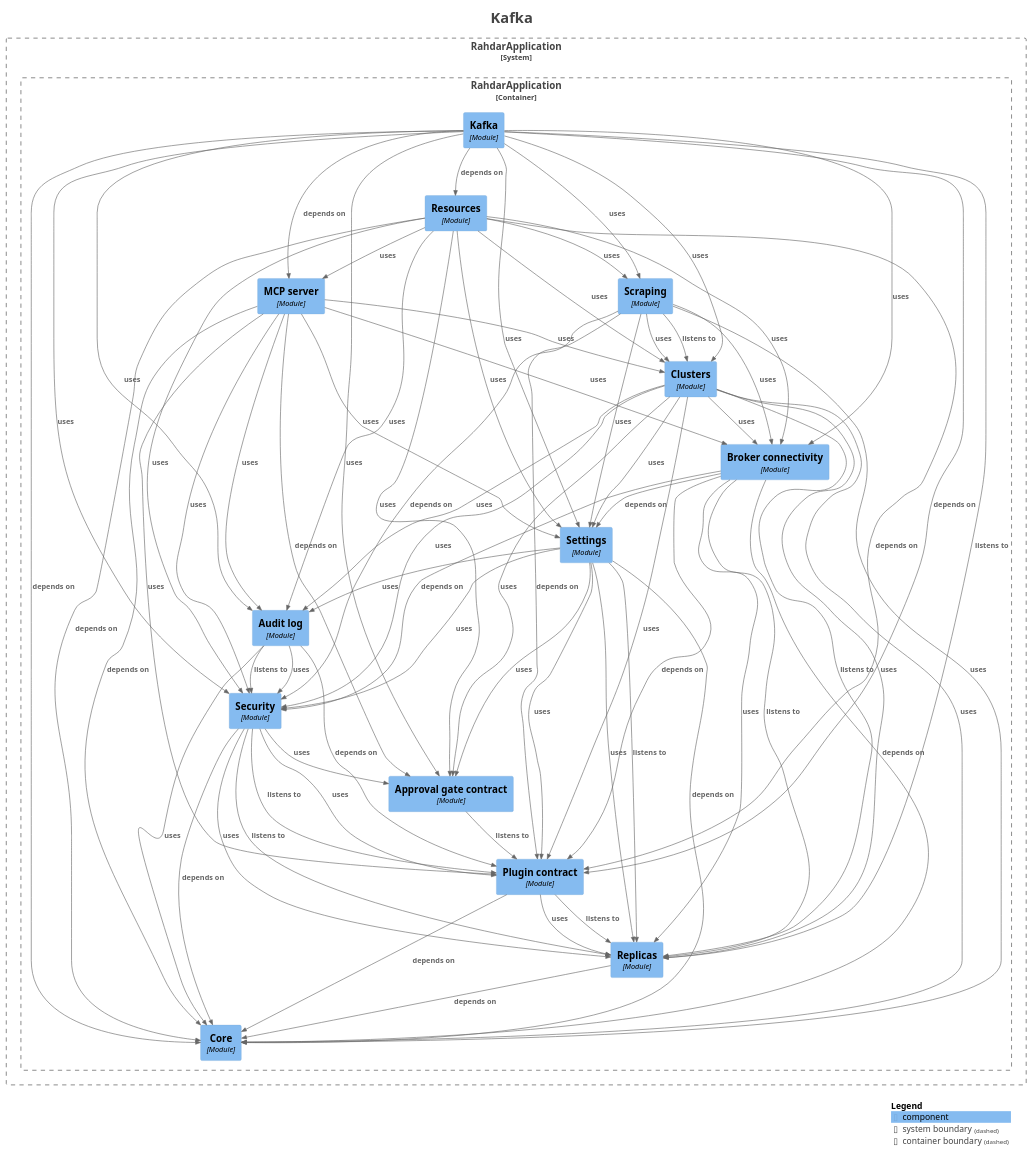
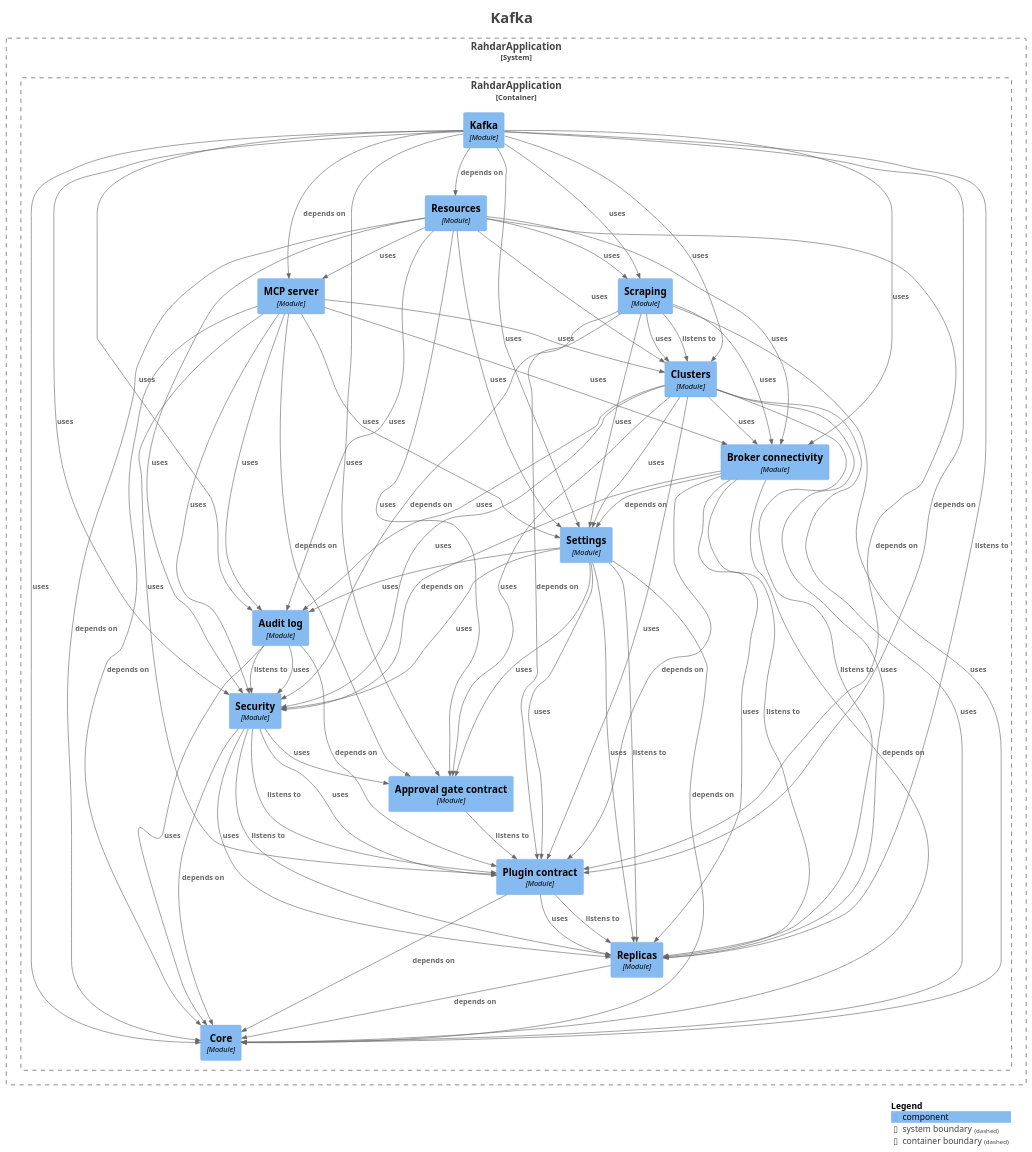
The diagram in docs/modules/module-system.kafka.puml (sudoitir/rahdar), drawn with PlantUML before and after one commit. The commit also changed 30 other files, not shown here.

```diff
--- a/docs/modules/module-system.kafka.puml
+++ b/docs/modules/module-system.kafka.puml
@@ -1,114 +1,114 @@
 @startuml
 title <size:24>Kafka</size>
 
 set separator none
 top to bottom direction
 
 <style>
   root {
     BackgroundColor: #ffffff
     FontColor: #444444
   }
 </style>
 
 !include <C4/C4>
 !include <C4/C4_Context>
 !include <C4/C4_Component>
 
 System_Boundary("RahdarApplication_boundary", "RahdarApplication", $tags="") {
   Container_Boundary("RahdarApplication.RahdarApplication_boundary", "RahdarApplication", $tags="") {
     Component(RahdarApplication.RahdarApplication.Approvalgatecontract, "Approval gate contract", $techn="Module", $descr="", $tags="", $link="")
     Component(RahdarApplication.RahdarApplication.Auditlog, "Audit log", $techn="Module", $descr="", $tags="", $link="")
     Component(RahdarApplication.RahdarApplication.Brokerconnectivity, "Broker connectivity", $techn="Module", $descr="", $tags="", $link="")
     Component(RahdarApplication.RahdarApplication.Clusters, "Clusters", $techn="Module", $descr="", $tags="", $link="")
     Component(RahdarApplication.RahdarApplication.Core, "Core", $techn="Module", $descr="", $tags="", $link="")
     Component(RahdarApplication.RahdarApplication.Kafka, "Kafka", $techn="Module", $descr="", $tags="", $link="")
     Component(RahdarApplication.RahdarApplication.MCPserver, "MCP server", $techn="Module", $descr="", $tags="", $link="")
     Component(RahdarApplication.RahdarApplication.Plugincontract, "Plugin contract", $techn="Module", $descr="", $tags="", $link="")
     Component(RahdarApplication.RahdarApplication.Replicas, "Replicas", $techn="Module", $descr="", $tags="", $link="")
     Component(RahdarApplication.RahdarApplication.Resources, "Resources", $techn="Module", $descr="", $tags="", $link="")
     Component(RahdarApplication.RahdarApplication.Scraping, "Scraping", $techn="Module", $descr="", $tags="", $link="")
     Component(RahdarApplication.RahdarApplication.Security, "Security", $techn="Module", $descr="", $tags="", $link="")
     Component(RahdarApplication.RahdarApplication.Settings, "Settings", $techn="Module", $descr="", $tags="", $link="")
   }
 
 }
 
 Rel(RahdarApplication.RahdarApplication.Approvalgatecontract, RahdarApplication.RahdarApplication.Plugincontract, "listens to", $techn="", $tags="", $link="")
 Rel(RahdarApplication.RahdarApplication.Auditlog, RahdarApplication.RahdarApplication.Core, "uses", $techn="", $tags="", $link="")
 Rel(RahdarApplication.RahdarApplication.Auditlog, RahdarApplication.RahdarApplication.Plugincontract, "depends on", $techn="", $tags="", $link="")
 Rel(RahdarApplication.RahdarApplication.Auditlog, RahdarApplication.RahdarApplication.Security, "listens to", $techn="", $tags="", $link="")
 Rel(RahdarApplication.RahdarApplication.Auditlog, RahdarApplication.RahdarApplication.Security, "uses", $techn="", $tags="", $link="")
 Rel(RahdarApplication.RahdarApplication.Brokerconnectivity, RahdarApplication.RahdarApplication.Core, "depends on", $techn="", $tags="", $link="")
 Rel(RahdarApplication.RahdarApplication.Brokerconnectivity, RahdarApplication.RahdarApplication.Plugincontract, "depends on", $techn="", $tags="", $link="")
 Rel(RahdarApplication.RahdarApplication.Brokerconnectivity, RahdarApplication.RahdarApplication.Replicas, "listens to", $techn="", $tags="", $link="")
 Rel(RahdarApplication.RahdarApplication.Brokerconnectivity, RahdarApplication.RahdarApplication.Replicas, "uses", $techn="", $tags="", $link="")
 Rel(RahdarApplication.RahdarApplication.Brokerconnectivity, RahdarApplication.RahdarApplication.Security, "depends on", $techn="", $tags="", $link="")
 Rel(RahdarApplication.RahdarApplication.Brokerconnectivity, RahdarApplication.RahdarApplication.Settings, "depends on", $techn="", $tags="", $link="")
 Rel(RahdarApplication.RahdarApplication.Clusters, RahdarApplication.RahdarApplication.Approvalgatecontract, "uses", $techn="", $tags="", $link="")
 Rel(RahdarApplication.RahdarApplication.Clusters, RahdarApplication.RahdarApplication.Auditlog, "uses", $techn="", $tags="", $link="")
 Rel(RahdarApplication.RahdarApplication.Clusters, RahdarApplication.RahdarApplication.Brokerconnectivity, "uses", $techn="", $tags="", $link="")
 Rel(RahdarApplication.RahdarApplication.Clusters, RahdarApplication.RahdarApplication.Core, "uses", $techn="", $tags="", $link="")
 Rel(RahdarApplication.RahdarApplication.Clusters, RahdarApplication.RahdarApplication.Plugincontract, "uses", $techn="", $tags="", $link="")
 Rel(RahdarApplication.RahdarApplication.Clusters, RahdarApplication.RahdarApplication.Replicas, "listens to", $techn="", $tags="", $link="")
 Rel(RahdarApplication.RahdarApplication.Clusters, RahdarApplication.RahdarApplication.Replicas, "uses", $techn="", $tags="", $link="")
 Rel(RahdarApplication.RahdarApplication.Clusters, RahdarApplication.RahdarApplication.Security, "uses", $techn="", $tags="", $link="")
 Rel(RahdarApplication.RahdarApplication.Clusters, RahdarApplication.RahdarApplication.Settings, "uses", $techn="", $tags="", $link="")
 Rel(RahdarApplication.RahdarApplication.Kafka, RahdarApplication.RahdarApplication.Approvalgatecontract, "uses", $techn="", $tags="", $link="")
 Rel(RahdarApplication.RahdarApplication.Kafka, RahdarApplication.RahdarApplication.Auditlog, "uses", $techn="", $tags="", $link="")
 Rel(RahdarApplication.RahdarApplication.Kafka, RahdarApplication.RahdarApplication.Brokerconnectivity, "uses", $techn="", $tags="", $link="")
 Rel(RahdarApplication.RahdarApplication.Kafka, RahdarApplication.RahdarApplication.Clusters, "uses", $techn="", $tags="", $link="")
-Rel(RahdarApplication.RahdarApplication.Kafka, RahdarApplication.RahdarApplication.Core, "depends on", $techn="", $tags="", $link="")
+Rel(RahdarApplication.RahdarApplication.Kafka, RahdarApplication.RahdarApplication.Core, "uses", $techn="", $tags="", $link="")
 Rel(RahdarApplication.RahdarApplication.Kafka, RahdarApplication.RahdarApplication.MCPserver, "depends on", $techn="", $tags="", $link="")
 Rel(RahdarApplication.RahdarApplication.Kafka, RahdarApplication.RahdarApplication.Plugincontract, "depends on", $techn="", $tags="", $link="")
 Rel(RahdarApplication.RahdarApplication.Kafka, RahdarApplication.RahdarApplication.Replicas, "listens to", $techn="", $tags="", $link="")
 Rel(RahdarApplication.RahdarApplication.Kafka, RahdarApplication.RahdarApplication.Resources, "depends on", $techn="", $tags="", $link="")
 Rel(RahdarApplication.RahdarApplication.Kafka, RahdarApplication.RahdarApplication.Scraping, "uses", $techn="", $tags="", $link="")
 Rel(RahdarApplication.RahdarApplication.Kafka, RahdarApplication.RahdarApplication.Security, "uses", $techn="", $tags="", $link="")
 Rel(RahdarApplication.RahdarApplication.Kafka, RahdarApplication.RahdarApplication.Settings, "uses", $techn="", $tags="", $link="")
 Rel(RahdarApplication.RahdarApplication.MCPserver, RahdarApplication.RahdarApplication.Approvalgatecontract, "depends on", $techn="", $tags="", $link="")
 Rel(RahdarApplication.RahdarApplication.MCPserver, RahdarApplication.RahdarApplication.Auditlog, "uses", $techn="", $tags="", $link="")
 Rel(RahdarApplication.RahdarApplication.MCPserver, RahdarApplication.RahdarApplication.Brokerconnectivity, "uses", $techn="", $tags="", $link="")
 Rel(RahdarApplication.RahdarApplication.MCPserver, RahdarApplication.RahdarApplication.Clusters, "uses", $techn="", $tags="", $link="")
 Rel(RahdarApplication.RahdarApplication.MCPserver, RahdarApplication.RahdarApplication.Core, "depends on", $techn="", $tags="", $link="")
 Rel(RahdarApplication.RahdarApplication.MCPserver, RahdarApplication.RahdarApplication.Plugincontract, "uses", $techn="", $tags="", $link="")
 Rel(RahdarApplication.RahdarApplication.MCPserver, RahdarApplication.RahdarApplication.Security, "uses", $techn="", $tags="", $link="")
 Rel(RahdarApplication.RahdarApplication.MCPserver, RahdarApplication.RahdarApplication.Settings, "uses", $techn="", $tags="", $link="")
 Rel(RahdarApplication.RahdarApplication.Plugincontract, RahdarApplication.RahdarApplication.Core, "depends on", $techn="", $tags="", $link="")
 Rel(RahdarApplication.RahdarApplication.Plugincontract, RahdarApplication.RahdarApplication.Replicas, "listens to", $techn="", $tags="", $link="")
 Rel(RahdarApplication.RahdarApplication.Plugincontract, RahdarApplication.RahdarApplication.Replicas, "uses", $techn="", $tags="", $link="")
 Rel(RahdarApplication.RahdarApplication.Replicas, RahdarApplication.RahdarApplication.Core, "depends on", $techn="", $tags="", $link="")
 Rel(RahdarApplication.RahdarApplication.Resources, RahdarApplication.RahdarApplication.Approvalgatecontract, "uses", $techn="", $tags="", $link="")
 Rel(RahdarApplication.RahdarApplication.Resources, RahdarApplication.RahdarApplication.Auditlog, "uses", $techn="", $tags="", $link="")
 Rel(RahdarApplication.RahdarApplication.Resources, RahdarApplication.RahdarApplication.Brokerconnectivity, "uses", $techn="", $tags="", $link="")
 Rel(RahdarApplication.RahdarApplication.Resources, RahdarApplication.RahdarApplication.Clusters, "uses", $techn="", $tags="", $link="")
 Rel(RahdarApplication.RahdarApplication.Resources, RahdarApplication.RahdarApplication.Core, "depends on", $techn="", $tags="", $link="")
 Rel(RahdarApplication.RahdarApplication.Resources, RahdarApplication.RahdarApplication.MCPserver, "uses", $techn="", $tags="", $link="")
 Rel(RahdarApplication.RahdarApplication.Resources, RahdarApplication.RahdarApplication.Plugincontract, "depends on", $techn="", $tags="", $link="")
 Rel(RahdarApplication.RahdarApplication.Resources, RahdarApplication.RahdarApplication.Scraping, "uses", $techn="", $tags="", $link="")
 Rel(RahdarApplication.RahdarApplication.Resources, RahdarApplication.RahdarApplication.Security, "uses", $techn="", $tags="", $link="")
 Rel(RahdarApplication.RahdarApplication.Resources, RahdarApplication.RahdarApplication.Settings, "uses", $techn="", $tags="", $link="")
 Rel(RahdarApplication.RahdarApplication.Scraping, RahdarApplication.RahdarApplication.Brokerconnectivity, "uses", $techn="", $tags="", $link="")
 Rel(RahdarApplication.RahdarApplication.Scraping, RahdarApplication.RahdarApplication.Clusters, "listens to", $techn="", $tags="", $link="")
 Rel(RahdarApplication.RahdarApplication.Scraping, RahdarApplication.RahdarApplication.Clusters, "uses", $techn="", $tags="", $link="")
 Rel(RahdarApplication.RahdarApplication.Scraping, RahdarApplication.RahdarApplication.Core, "uses", $techn="", $tags="", $link="")
 Rel(RahdarApplication.RahdarApplication.Scraping, RahdarApplication.RahdarApplication.Plugincontract, "depends on", $techn="", $tags="", $link="")
 Rel(RahdarApplication.RahdarApplication.Scraping, RahdarApplication.RahdarApplication.Security, "depends on", $techn="", $tags="", $link="")
 Rel(RahdarApplication.RahdarApplication.Scraping, RahdarApplication.RahdarApplication.Settings, "uses", $techn="", $tags="", $link="")
 Rel(RahdarApplication.RahdarApplication.Security, RahdarApplication.RahdarApplication.Approvalgatecontract, "uses", $techn="", $tags="", $link="")
 Rel(RahdarApplication.RahdarApplication.Security, RahdarApplication.RahdarApplication.Core, "depends on", $techn="", $tags="", $link="")
 Rel(RahdarApplication.RahdarApplication.Security, RahdarApplication.RahdarApplication.Plugincontract, "listens to", $techn="", $tags="", $link="")
 Rel(RahdarApplication.RahdarApplication.Security, RahdarApplication.RahdarApplication.Plugincontract, "uses", $techn="", $tags="", $link="")
 Rel(RahdarApplication.RahdarApplication.Security, RahdarApplication.RahdarApplication.Replicas, "listens to", $techn="", $tags="", $link="")
 Rel(RahdarApplication.RahdarApplication.Security, RahdarApplication.RahdarApplication.Replicas, "uses", $techn="", $tags="", $link="")
 Rel(RahdarApplication.RahdarApplication.Settings, RahdarApplication.RahdarApplication.Approvalgatecontract, "uses", $techn="", $tags="", $link="")
 Rel(RahdarApplication.RahdarApplication.Settings, RahdarApplication.RahdarApplication.Auditlog, "uses", $techn="", $tags="", $link="")
 Rel(RahdarApplication.RahdarApplication.Settings, RahdarApplication.RahdarApplication.Core, "depends on", $techn="", $tags="", $link="")
 Rel(RahdarApplication.RahdarApplication.Settings, RahdarApplication.RahdarApplication.Plugincontract, "uses", $techn="", $tags="", $link="")
 Rel(RahdarApplication.RahdarApplication.Settings, RahdarApplication.RahdarApplication.Replicas, "listens to", $techn="", $tags="", $link="")
 Rel(RahdarApplication.RahdarApplication.Settings, RahdarApplication.RahdarApplication.Replicas, "uses", $techn="", $tags="", $link="")
 Rel(RahdarApplication.RahdarApplication.Settings, RahdarApplication.RahdarApplication.Security, "uses", $techn="", $tags="", $link="")
 
 SHOW_LEGEND(true)
 hide stereotypes
 @enduml
```
